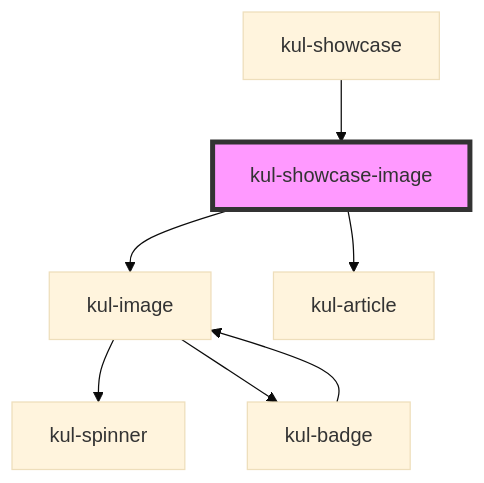
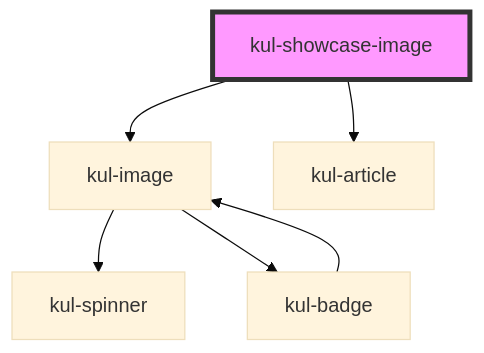
Before and after one commit to smeup/ketchup: the diagram in packages/ketchup-lite/src/components/kul-showcase/components/image/readme.md, drawn with Mermaid (base theme). The commit also changed other lines of this file and 25 other files, not shown here.

````diff
--- a/packages/ketchup-lite/src/components/kul-showcase/components/image/readme.md
+++ b/packages/ketchup-lite/src/components/kul-showcase/components/image/readme.md
@@ -31,10 +27,9 @@
 ```mermaid
 graph TD;
   kul-showcase-image --> kul-image
   kul-showcase-image --> kul-article
   kul-image --> kul-spinner
   kul-image --> kul-badge
   kul-badge --> kul-image
-  kul-showcase --> kul-showcase-image
   style kul-showcase-image fill:#f9f,stroke:#333,stroke-width:4px
 ```
````
